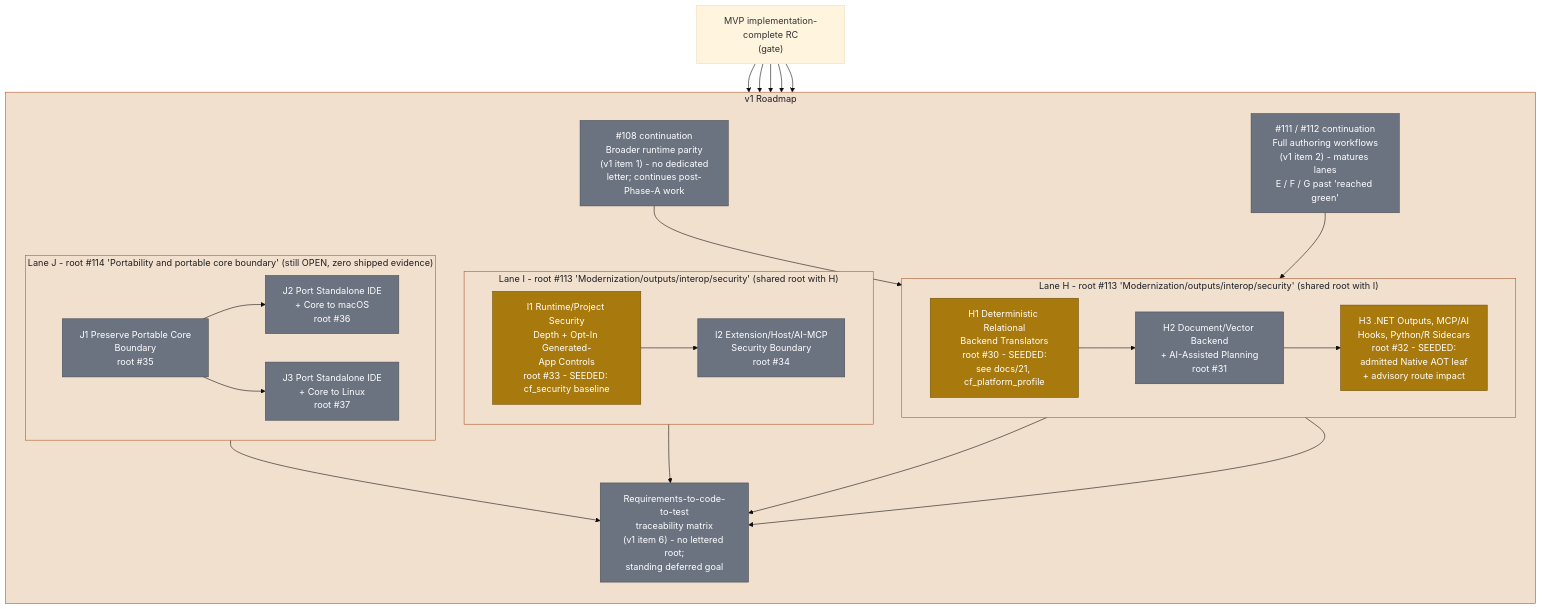
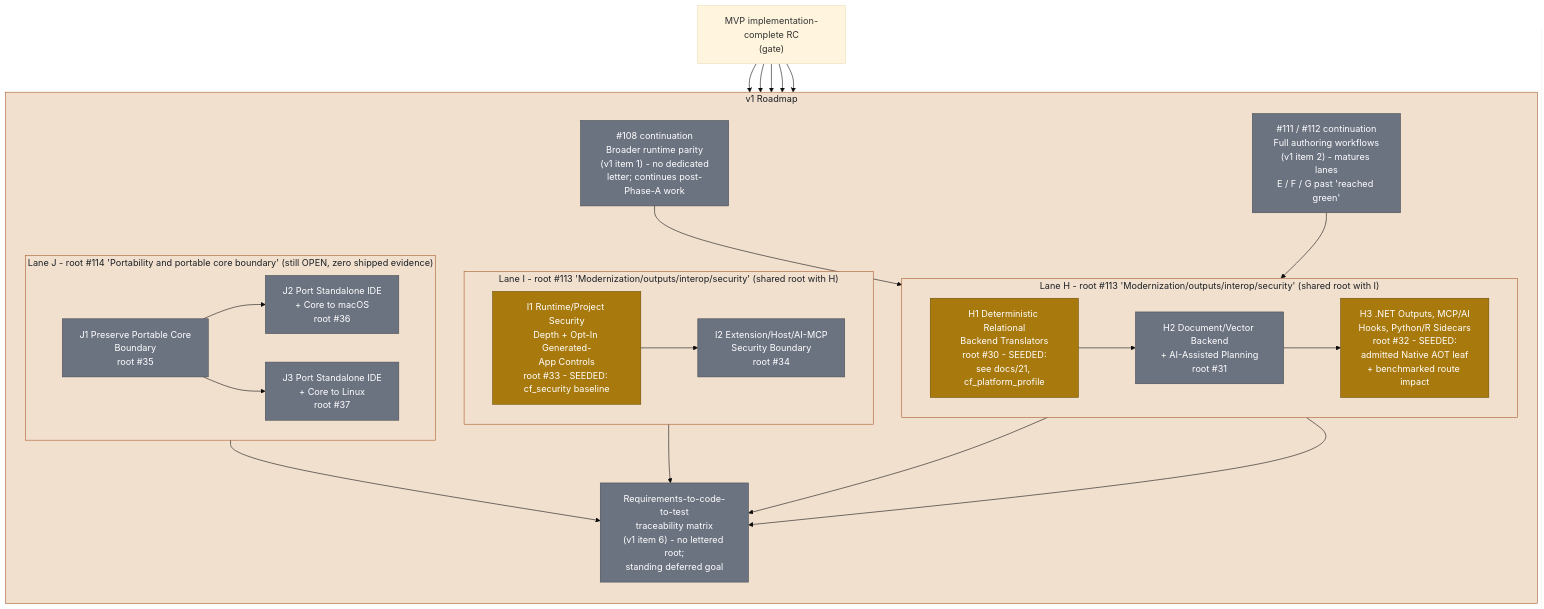
Before and after one commit to rhamenator/Project-Copperfin: the diagram in docs/diagrams/roadmap-v1-lanes-hij.md, drawn with Mermaid (base theme). The commit also changed other lines of this file and 1 other file, not shown here.

Commit message:
docs: synchronize polyglot roadmap evidence

````diff
--- a/docs/diagrams/roadmap-v1-lanes-hij.md
+++ b/docs/diagrams/roadmap-v1-lanes-hij.md
@@ -10,60 +10,60 @@
 ```mermaid
 flowchart TB
     classDef partial fill:#a8790c,stroke:#6e4f07,color:#ffffff,stroke-width:1px;
     classDef planned fill:#6b7280,stroke:#484d54,color:#ffffff,stroke-width:1px;
     classDef lane fill:#f2e0cf,stroke:#a85a2a,color:#1b2024,stroke-width:1px;
 
     MVP["MVP implementation-complete RC<br/>(gate)"]
 
     subgraph V1["v1 Roadmap"]
       direction TB
 
       CONT1["#108 continuation<br/>Broader runtime parity<br/>(v1 item 1) - no dedicated<br/>letter; continues post-Phase-A work"]
       CONT2["#111 / #112 continuation<br/>Full authoring workflows<br/>(v1 item 2) - matures lanes<br/>E / F / G past 'reached green'"]
 
       subgraph LANEH["Lane H - root #113 'Modernization/outputs/interop/security' (shared root with I)"]
         direction LR
         H1["H1 Deterministic Relational<br/>Backend Translators<br/>root #30 - SEEDED:<br/>see docs/21, cf_platform_profile"]
         H2["H2 Document/Vector Backend<br/>+ AI-Assisted Planning<br/>root #31"]
-        H3["H3 .NET Outputs, MCP/AI<br/>Hooks, Python/R Sidecars<br/>root #32 - SEEDED:<br/>admitted Native AOT leaf<br/>+ advisory route impact"]
+        H3["H3 .NET Outputs, MCP/AI<br/>Hooks, Python/R Sidecars<br/>root #32 - SEEDED:<br/>admitted Native AOT leaf<br/>+ benchmarked route impact"]
         H1 --> H2 --> H3
       end
 
       subgraph LANEI["Lane I - root #113 'Modernization/outputs/interop/security' (shared root with H)"]
         direction LR
         I1["I1 Runtime/Project Security<br/>Depth + Opt-In Generated-<br/>App Controls<br/>root #33 - SEEDED: cf_security baseline"]
         I2["I2 Extension/Host/AI-MCP<br/>Security Boundary<br/>root #34"]
         I1 --> I2
       end
 
       subgraph LANEJ["Lane J - root #114 'Portability and portable core boundary' (still OPEN, zero shipped evidence)"]
         direction LR
         J1["J1 Preserve Portable Core<br/>Boundary<br/>root #35"]
         J2["J2 Port Standalone IDE<br/>+ Core to macOS<br/>root #36"]
         J3["J3 Port Standalone IDE<br/>+ Core to Linux<br/>root #37"]
         J1 --> J2
         J1 --> J3
       end
 
       TRACE["Requirements-to-code-to-test<br/>traceability matrix<br/>(v1 item 6) - no lettered root;<br/>standing deferred goal"]
     end
 
     MVP --> CONT1
     MVP --> CONT2
     MVP --> LANEH
     MVP --> LANEI
     MVP --> LANEJ
     CONT1 --> H1
     CONT2 --> H3
     H1 --> TRACE
     H3 --> TRACE
     I2 --> TRACE
     J1 --> TRACE
 
     class CONT1,CONT2 planned;
     class H1,H3,I1 partial;
     class H2,I2 planned;
     class J1,J2,J3 planned;
     class TRACE planned;
     class V1,LANEH,LANEI,LANEJ lane;
 ```
````
